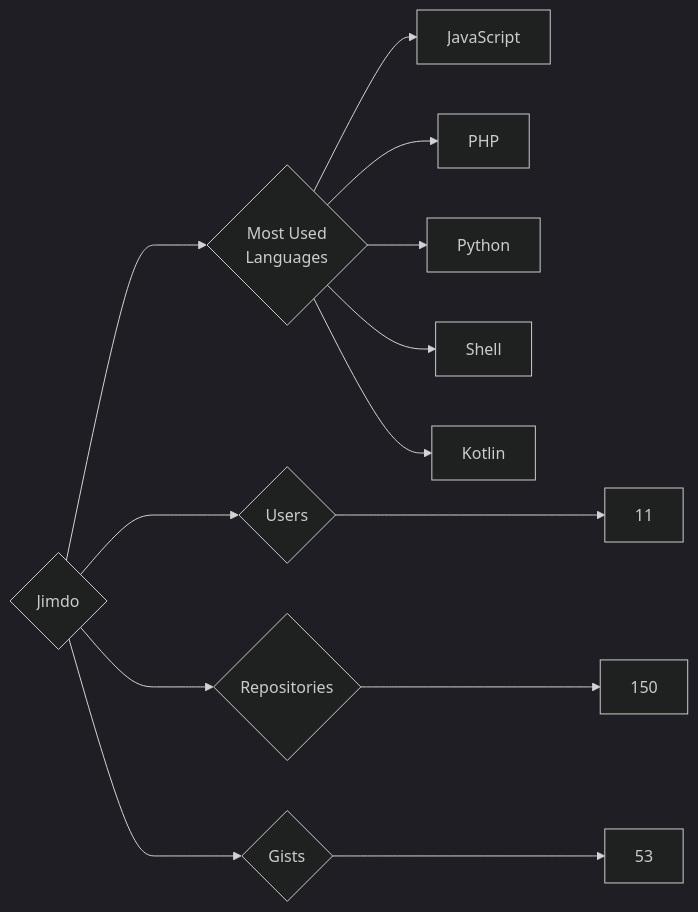
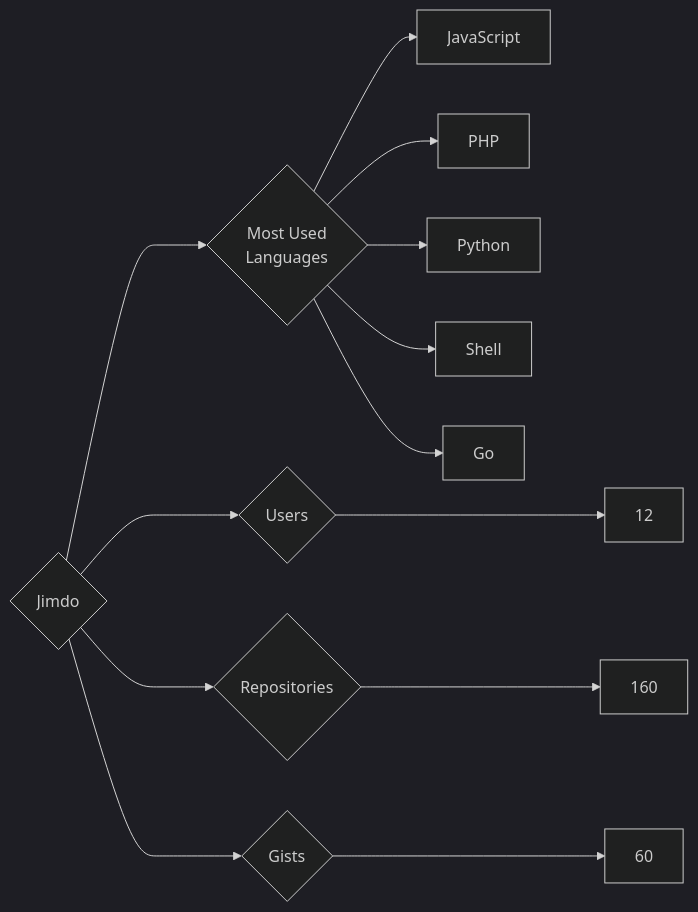
Before and after one commit to trickest/insiders: the diagram in targets/Jimdo/README.md, drawn with Mermaid (dark theme). The commit also changed 1389 other files, not shown here.

````diff
--- a/targets/Jimdo/README.md
+++ b/targets/Jimdo/README.md
@@ -3,13 +3,13 @@
 ```mermaid
 graph LR
 COMPANY_NAME{Jimdo}
-COMPANY_NAME ---> U{Users} ---> UN[11]
-COMPANY_NAME ---> R{Repositories} ---> RN[150]
-COMPANY_NAME ---> G{Gists} ---> GN[53]
+COMPANY_NAME ---> U{Users} ---> UN[12]
+COMPANY_NAME ---> R{Repositories} ---> RN[160]
+COMPANY_NAME ---> G{Gists} ---> GN[60]
 COMPANY_NAME ---> ML{Most Used<br>Languages}
 ML --> JavaScript[JavaScript]
 ML --> PHP[PHP]
 ML --> Python[Python]
 ML --> Shell[Shell]
-ML --> Kotlin[Kotlin]
+ML --> Go[Go]
 ```
````
